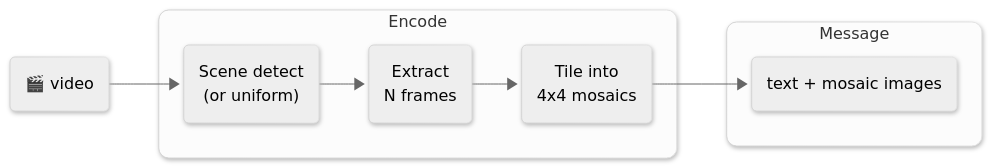
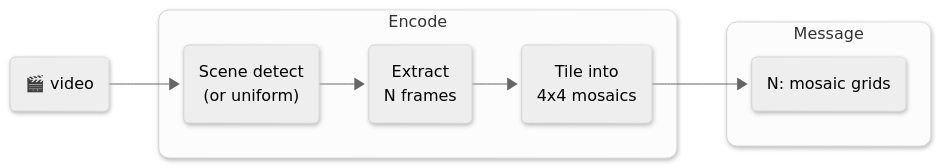
The third of 29 diagrams in docs/encoders.md (vlm-run/mm), drawn with Mermaid (neutral theme) before and after one commit. The commit also changed other lines of this file and 99 other files, not shown here.

````diff
--- a/docs/encoders.md
+++ b/docs/encoders.md
@@ -74,19 +74,19 @@
 ```mermaid
 %%{init: {'look': 'neo'} }%%
 graph LR
   video("🎬 video")
 
   subgraph encode ["Encode"]
     detect("Scene detect\n(or uniform)")
     frames("Extract\nN frames")
     tile("Tile into\n4x4 mosaics")
   end
 
   subgraph message ["Message"]
-    msg("text + mosaic images")
+    msg("N: mosaic grids")
   end
 
   video --> detect --> frames --> tile --> msg
   style encode rx:10px,ry:10px
   style message rx:10px,ry:10px
 ```
````
